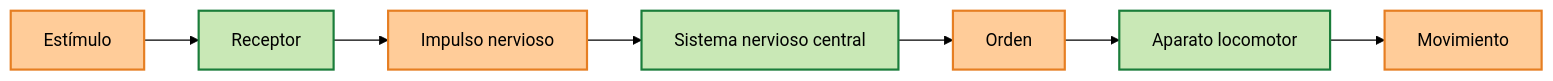
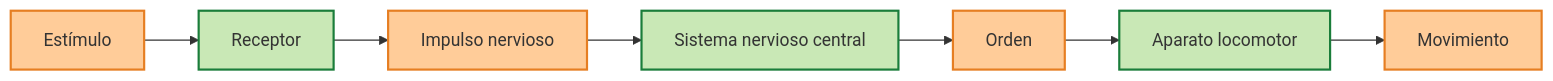
Before and after one commit to AlejandroBM99/mkdocs-biology: the diagram in docs/system/locomotor.md, drawn with Mermaid. The commit also changed 10 other files, not shown here.

````diff
--- a/docs/system/locomotor.md
+++ b/docs/system/locomotor.md
@@ -7,13 +7,12 @@
 ```mermaid
-%%{init: {'theme':'forest'}}%%
 flowchart LR
     A[Estímulo]:::orange --> B[Receptor]:::green
     B --> C[Impulso nervioso]:::orange
     C --> D[Sistema nervioso central]:::green
     D --> E[Orden]:::orange
     E --> F[Aparato locomotor]:::green
     F --> G[Movimiento]:::orange
 
     classDef orange fill:#FFCC99,stroke:#E67E22,stroke-width:2px;
     classDef green fill:#C9E8B6,stroke:#1A7D3A,stroke-width:2px;
 ```
````
